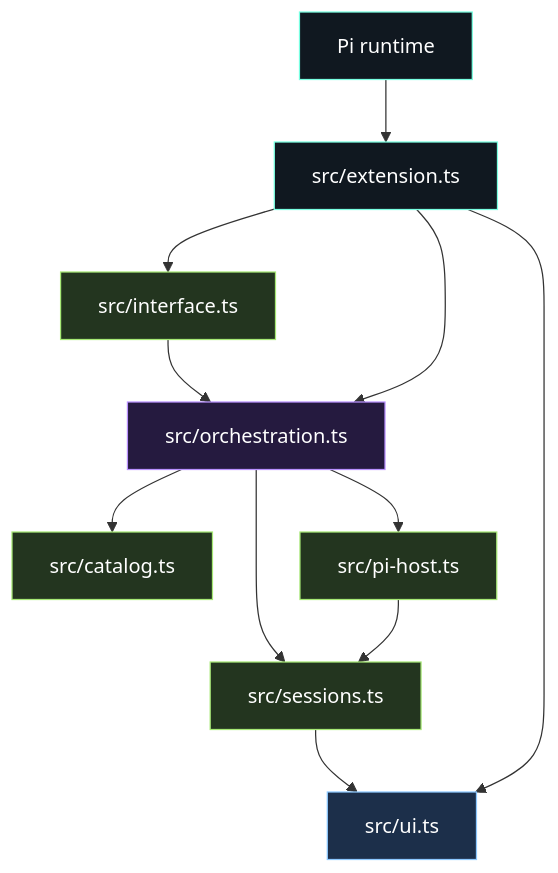
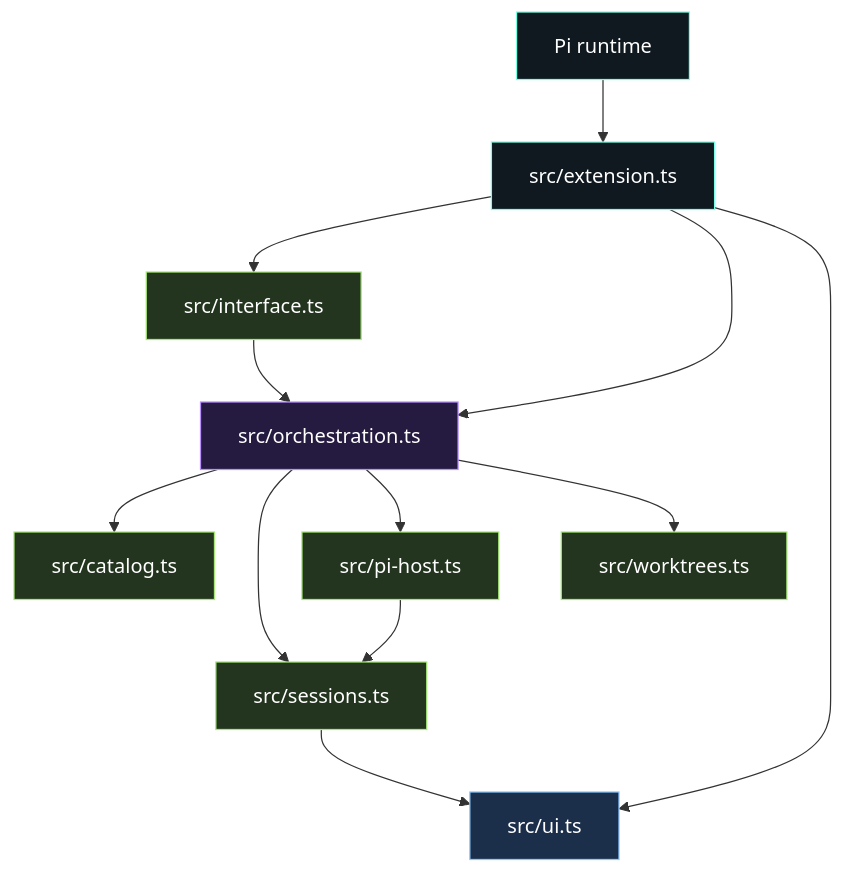
One commit to CodeByPeete/pi-gentic changed the diagram in README.md. Above: the diagram before and after it, drawn with Mermaid. The commit also changed other lines of this file and 11 other files, not shown here.

````diff
--- a/README.md
+++ b/README.md
@@ -294,26 +294,27 @@
 ```mermaid
 flowchart TD
     Pi[Pi runtime] --> Extension[src/extension.ts]
 
     Extension --> Interface[src/interface.ts]
     Extension --> Orchestration[src/orchestration.ts]
     Extension --> UI[src/ui.ts]
 
     Orchestration --> Catalog[src/catalog.ts]
     Orchestration --> Sessions[src/sessions.ts]
     Orchestration --> Host[src/pi-host.ts]
+    Orchestration --> Worktrees[src/worktrees.ts]
 
     Interface --> Orchestration
     Sessions --> UI
     Host --> Sessions
 
     classDef edge fill:#101820,stroke:#79ffe1,color:#ffffff;
     classDef core fill:#251a3f,stroke:#b991ff,color:#ffffff;
     classDef ui fill:#1c2f4a,stroke:#8cc8ff,color:#ffffff;
     classDef data fill:#23351f,stroke:#a6e875,color:#ffffff;
 
     class Pi,Extension edge;
     class Orchestration core;
     class UI ui;
-    class Interface,Catalog,Sessions,Host data;
+    class Interface,Catalog,Sessions,Host,Worktrees data;
 ```
````
